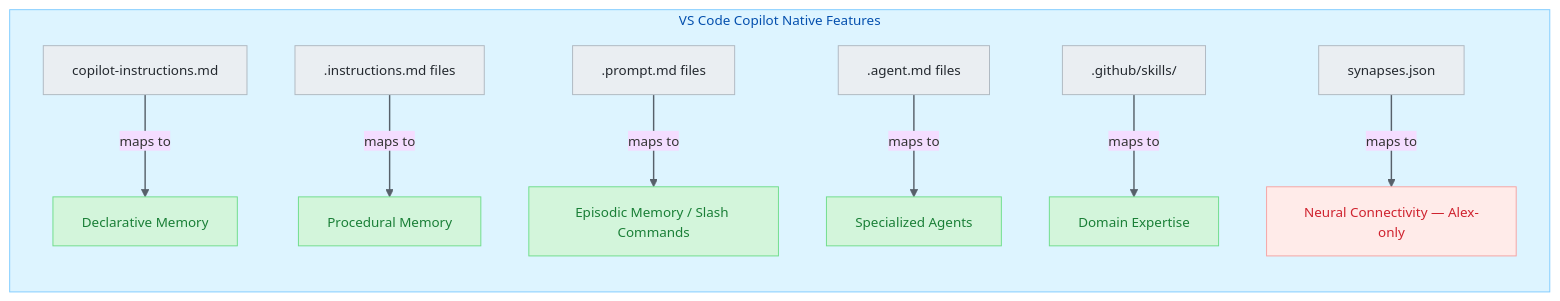
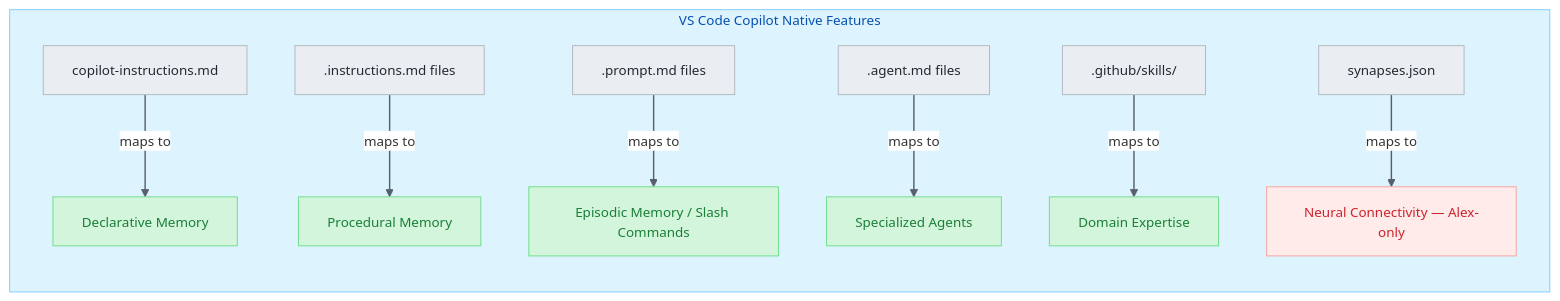
Before and after one commit to fabioc-aloha/Alex_Plug_In: the diagram in alex_docs/platforms/VSCODE-HEIR.md, drawn with Mermaid. The commit also changed 307 other files, not shown here.

````diff
--- a/alex_docs/platforms/VSCODE-HEIR.md
+++ b/alex_docs/platforms/VSCODE-HEIR.md
@@ -46,21 +46,21 @@
 ```mermaid
-%%{init: {'theme': 'base', 'themeVariables': {'fontSize': '14px'}}}%%
+%%{init: {'theme': 'base', 'themeVariables': {'fontSize': '14px', 'edgeLabelBackground': '#ffffff'}}}%%
 flowchart LR
     subgraph VSCode["VS Code Copilot Native Features"]
         CI[copilot-instructions.md] -->|maps to| DM[Declarative Memory]
         INS[.instructions.md files] -->|maps to| PM[Procedural Memory]
         PR[.prompt.md files] -->|maps to| EM[Episodic Memory / Slash Commands]
         AG[.agent.md files] -->|maps to| SA[Specialized Agents]
         SK[.github/skills/] -->|maps to| DE[Domain Expertise]
         SY[synapses.json] -->|maps to| NC[Neural Connectivity — Alex-only]
     end
 
     classDef source fill:#eaeef2,color:#24292f,stroke:#afb8c1
     classDef mapped fill:#d3f5db,color:#1a7f37,stroke:#6fdd8b
     classDef alexonly fill:#ffebe9,color:#cf222e,stroke:#f5a3a3
     class CI,INS,PR,AG,SK,SY source
     class DM,PM,EM,SA,DE mapped
     class NC alexonly
     style VSCode fill:#ddf4ff,color:#0550ae,stroke:#80ccff
     linkStyle default stroke:#57606a,stroke-width:1.5px
 ```
````
